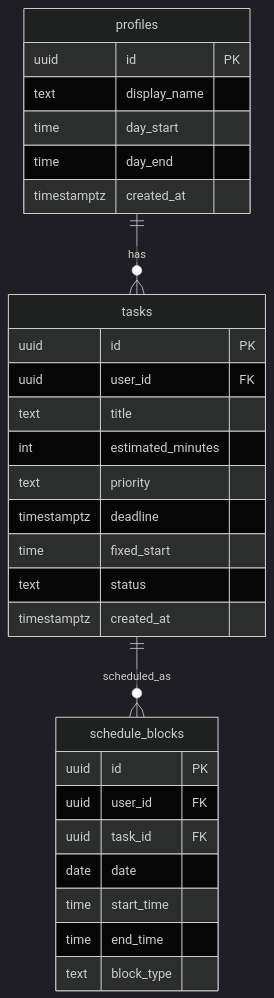
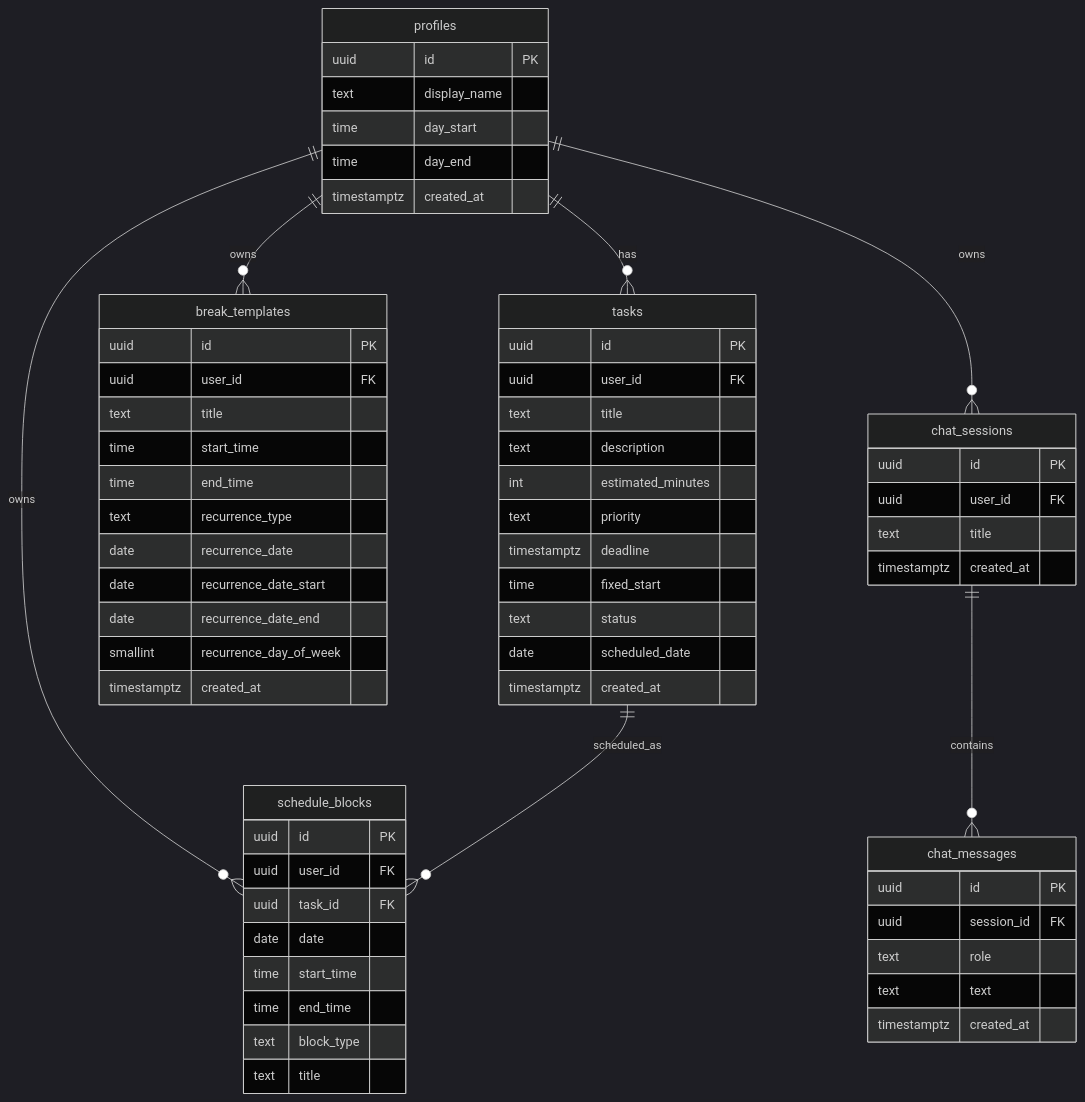
The diagram in README.md (elianhareli22-creator/SmartTime), drawn with Mermaid (dark theme) before and after one commit. The commit also changed other lines of this file and 1 other file, not shown here.

First line of the commit message:
docs: update README with full checklist and add ERD file

````diff
--- a/README.md
+++ b/README.md
@@ -30,35 +33,71 @@
 ```mermaid
 erDiagram
   profiles ||--o{ tasks : "has"
+  profiles ||--o{ schedule_blocks : "owns"
+  profiles ||--o{ break_templates : "owns"
+  profiles ||--o{ chat_sessions : "owns"
   tasks ||--o{ schedule_blocks : "scheduled_as"
+  chat_sessions ||--o{ chat_messages : "contains"
 
   profiles {
     uuid id PK
     text display_name
     time day_start
     time day_end
     timestamptz created_at
   }
 
   tasks {
     uuid id PK
     uuid user_id FK
     text title
+    text description
     int estimated_minutes
     text priority
     timestamptz deadline
     time fixed_start
     text status
+    date scheduled_date
     timestamptz created_at
   }
 
   schedule_blocks {
     uuid id PK
     uuid user_id FK
     uuid task_id FK
     date date
     time start_time
     time end_time
     text block_type
+    text title
+  }
+
+  break_templates {
+    uuid id PK
+    uuid user_id FK
+    text title
+    time start_time
+    time end_time
+    text recurrence_type
+    date recurrence_date
+    date recurrence_date_start
+    date recurrence_date_end
+    smallint recurrence_day_of_week
+    timestamptz created_at
+  }
+
+  chat_sessions {
+    uuid id PK
+    uuid user_id FK
+    text title
+    timestamptz created_at
+  }
+
+  chat_messages {
+    uuid id PK
+    uuid session_id FK
+    text role
+    text text
+    timestamptz created_at
   }
 ```
````
